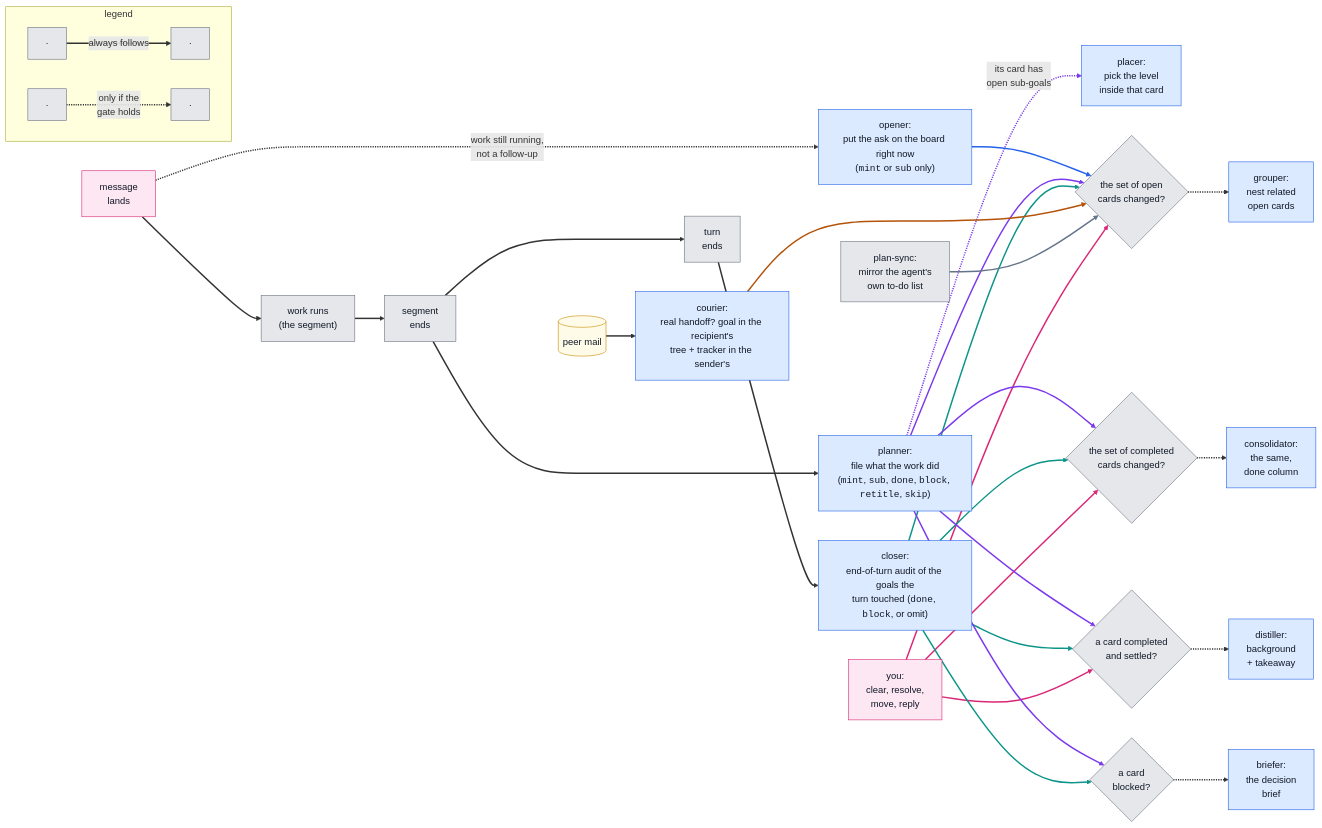
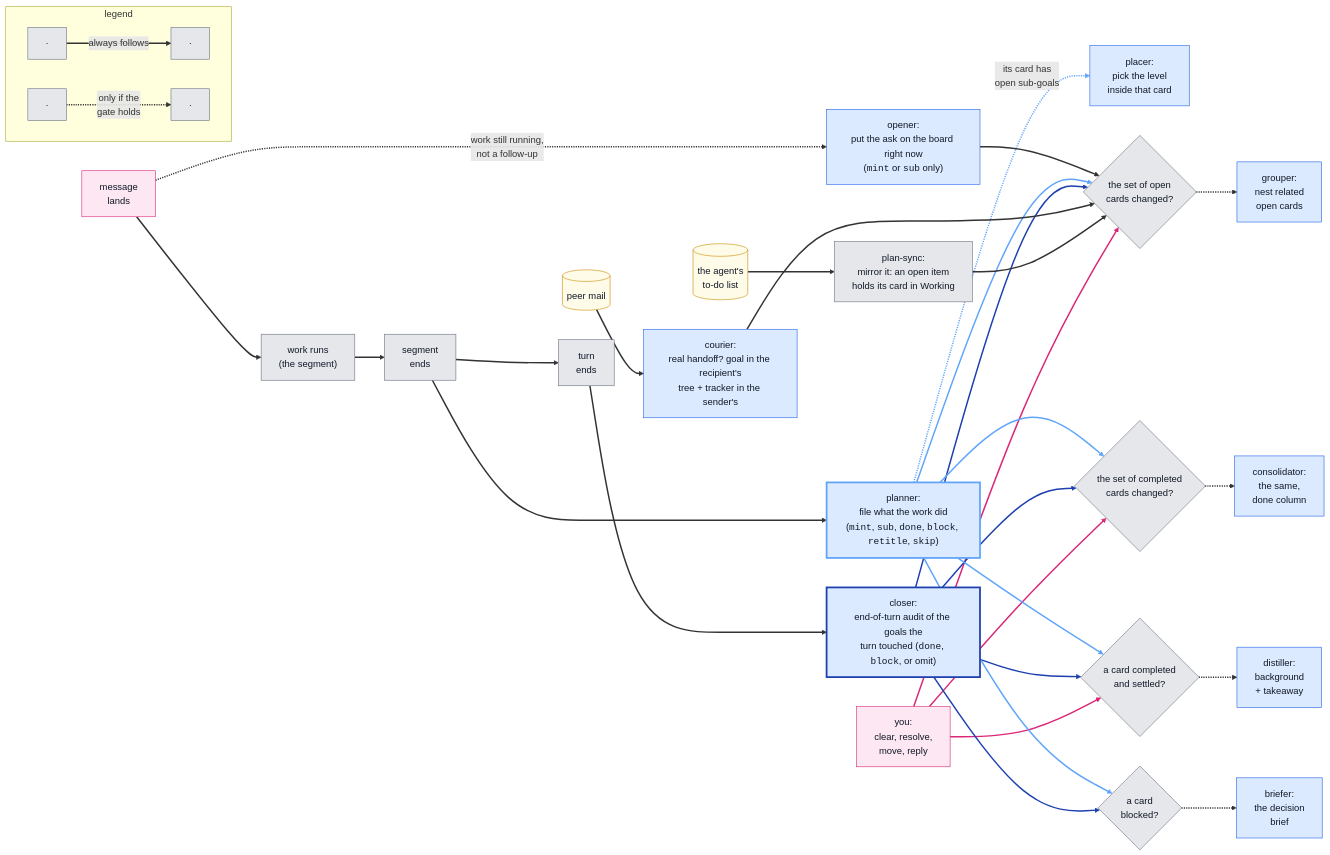
One commit to Chris-mian/romp changed the third of 6 diagrams in docs/judge-pipeline.md. Above: the diagram before and after it, drawn with Mermaid. The commit also changed other lines of this file and 3 other files, not shown here.

First line of the commit message:
resolve survives a racing pass save; figure: sourced blues, to-do cylinder, fewer crossings

````diff
--- a/docs/judge-pipeline.md
+++ b/docs/judge-pipeline.md
@@ -82,35 +82,35 @@
 ```mermaid
 flowchart LR
-    M["message<br/>lands"]:::user --> W["work runs<br/>(the segment)"]:::det --> E["segment<br/>ends"]:::det --> X["turn<br/>ends"]:::det
+    M["message<br/>lands"]:::user --> W["work runs<br/>(the segment)"]:::det --> E["segment<br/>ends"]:::det
     E ~~~ MAIL[("peer mail")]:::data --> CO["courier:<br/>real handoff? goal in the recipient's<br/>tree + tracker in the sender's"]:::llm
     M -.->|"work still running,<br/>not a follow-up"| PP["opener:<br/>put the ask on the board right now<br/>(<code>mint</code> or <code>sub</code> only)"]:::llm
-    E --> PL["planner:<br/>file what the work did<br/>(<code>mint</code>, <code>sub</code>, <code>done</code>, <code>block</code>, <code>retitle</code>, <code>skip</code>)"]:::llm
+    E --> PL["planner:<br/>file what the work did<br/>(<code>mint</code>, <code>sub</code>, <code>done</code>, <code>block</code>, <code>retitle</code>, <code>skip</code>)"]:::planner
+    E --> X["turn<br/>ends"]:::det
+    X --> CL["closer:<br/>end-of-turn audit of the goals the<br/>turn touched (<code>done</code>, <code>block</code>, or omit)"]:::closer
     PL -.->|"its card has<br/>open sub-goals"| PC["placer:<br/>pick the level<br/>inside that card"]:::llm
-    X --> CL["closer:<br/>end-of-turn audit of the goals the<br/>turn touched (<code>done</code>, <code>block</code>, or omit)"]:::llm
-    X ~~~ SYNC["plan-sync:<br/>mirror the agent's<br/>own to-do list"]:::det
+    X ~~~ TODO[("the agent's<br/>to-do list")]:::data --> SYNC["plan-sync:<br/>mirror it: an open item<br/>holds its card in Working"]:::det
     CO ~~~ YOU["you:<br/>clear, resolve,<br/>move, reply"]:::user
     PP & PL & CL & CO & SYNC & YOU --> OG{"the set of open<br/>cards changed?"}:::det
     OG -.-> GR["grouper:<br/>nest related<br/>open cards"]:::llm
     PL & CL & YOU --> CG{"the set of completed<br/>cards changed?"}:::det
     CG -.-> CN["consolidator:<br/>the same,<br/>done column"]:::llm
     PL & CL & YOU --> DG{"a card completed<br/>and settled?"}:::det
     DG -.-> DI["distiller:<br/>background<br/>+ takeaway"]:::llm
     PL & CL --> BG{"a card<br/>blocked?"}:::det
     BG -.-> BR["briefer:<br/>the decision<br/>brief"]:::llm
     subgraph LEGEND["legend"]
         direction LR
         LS1["·"]:::det -->|"always follows"| LS2["·"]:::det
         LD1["·"]:::det -.->|"only if the<br/>gate holds"| LD2["·"]:::det
     end
     linkStyle default stroke-width:2.5px
-    linkStyle 11 stroke:#2563eb
-    linkStyle 7,12,18,22,26 stroke:#7c3aed
-    linkStyle 13,19,23,27 stroke:#0d9488
-    linkStyle 14 stroke:#b45309
-    linkStyle 15 stroke:#64748b
-    linkStyle 16,20,24 stroke:#db2777
+    linkStyle 8,13,19,23,27 stroke:#60a5fa
+    linkStyle 14,20,24,28 stroke:#1e40af
+    linkStyle 17,21,25 stroke:#db2777
     classDef llm fill:#dbeafe,stroke:#2563eb,color:#111827
+    classDef planner fill:#dbeafe,stroke:#60a5fa,stroke-width:3px,color:#111827
+    classDef closer fill:#dbeafe,stroke:#1e40af,stroke-width:3px,color:#111827
     classDef det fill:#e5e7eb,stroke:#6b7280,color:#111827
     classDef data fill:#fefce8,stroke:#ca8a04,color:#111827
     classDef user fill:#fce7f3,stroke:#db2777,color:#111827
 ```
````
